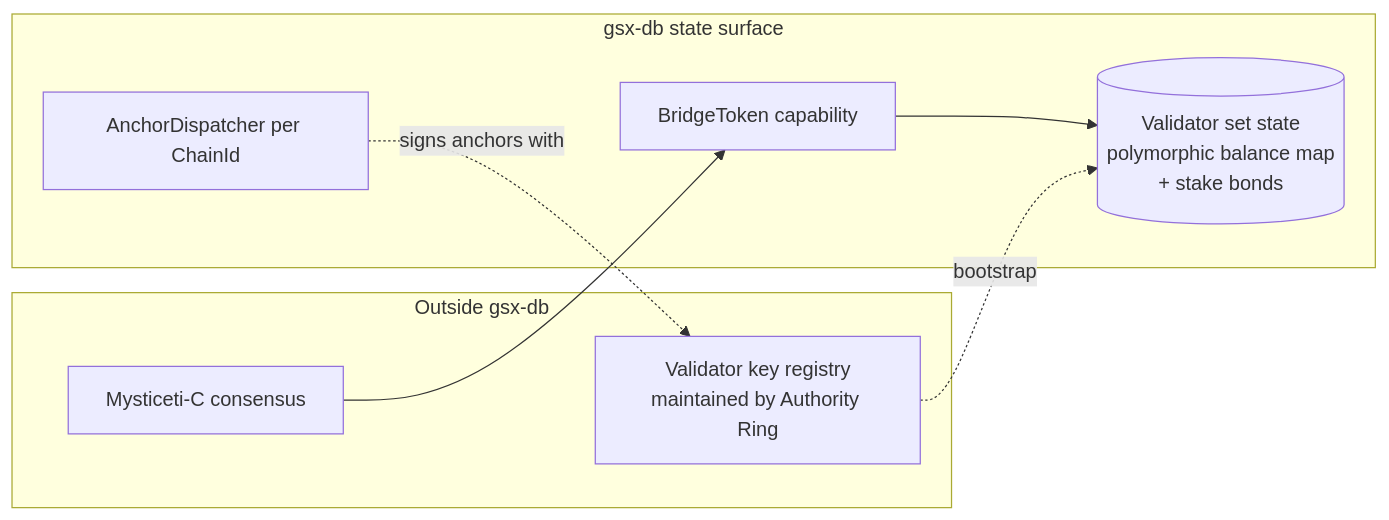
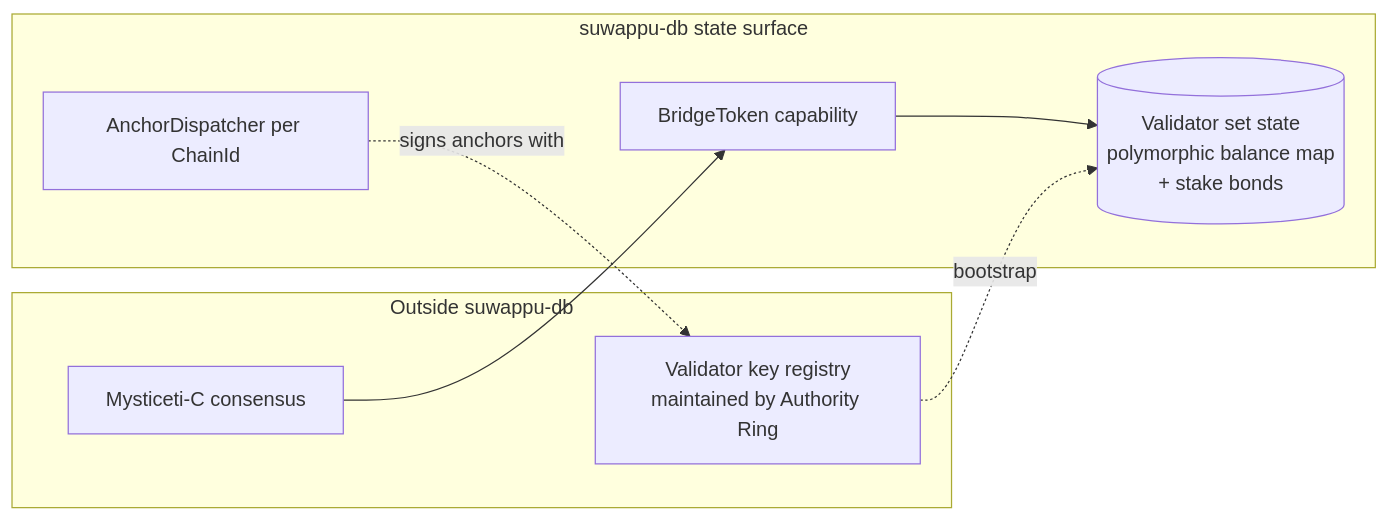
One commit to Suwappu-Labs/suwappu-db changed the fifth of 5 diagrams in docs/architecture/validator-rings.md. Above: the diagram before and after it, drawn with Mermaid. The commit also changed other lines of this file and 232 other files, not shown here.

First line of the commit message:
chore: rebrand gsx-db -> suwappu-db (crates, code, docs)

````diff
--- a/docs/architecture/validator-rings.md
+++ b/docs/architecture/validator-rings.md
@@ -154,15 +154,15 @@
 ```mermaid
 flowchart LR
-    subgraph Outside[Outside gsx-db]
+    subgraph Outside[Outside suwappu-db]
         Mysticeti[Mysticeti-C consensus]
         VKey[Validator key registry<br/>maintained by Authority Ring]
     end
-    subgraph GsxDB[gsx-db state surface]
+    subgraph SuwappuDB[suwappu-db state surface]
         BridgeToken[BridgeToken capability]
         AnchorReg[AnchorDispatcher per ChainId]
         VSet[(Validator set state<br/>polymorphic balance map<br/>+ stake bonds)]
     end
     Mysticeti --> BridgeToken --> VSet
     VKey -.bootstrap.-> VSet
     AnchorReg -.signs anchors with.-> VKey
 ```
````
